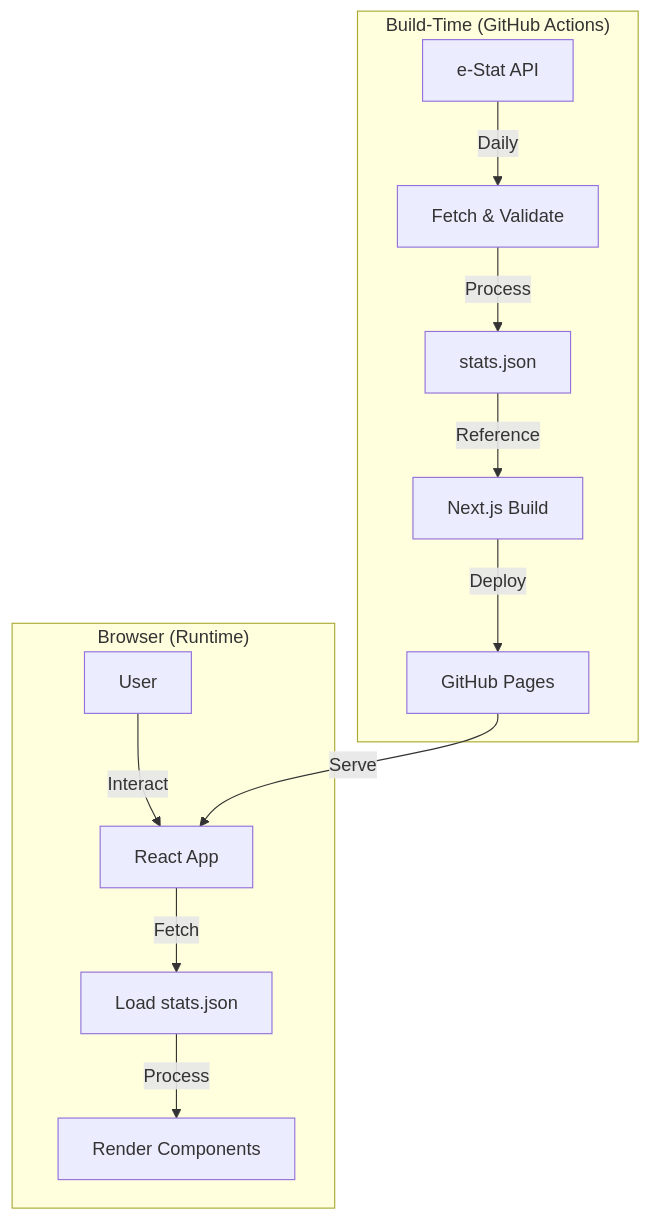
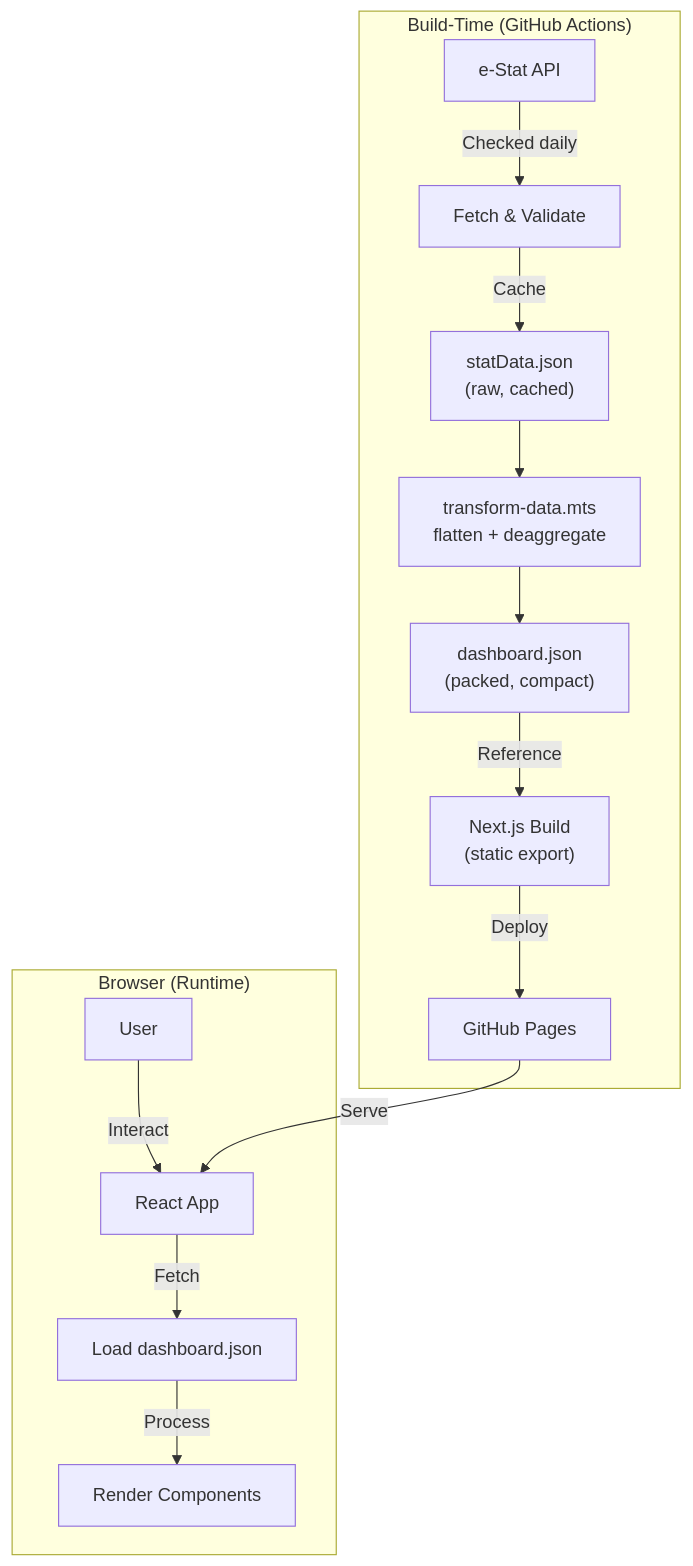
Before and after one commit to RetroHazard/JP_Immigration_Dashboard: the first of 16 diagrams in ARCHITECTURE.md, drawn with Mermaid. The commit also changed other lines of this file and 1 other file, not shown here.

First line of the commit message:
Bring ARCHITECTURE.md and DEVELOPMENT.md up to date with the Civic Glass rebuild

````diff
--- a/ARCHITECTURE.md
+++ b/ARCHITECTURE.md
@@ -25,28 +25,32 @@
 ```mermaid
 graph TB
     subgraph "Build-Time (GitHub Actions)"
         ESTAT["e-Stat API"]
         FETCH["Fetch & Validate"]
-        STATS["stats.json"]
-        BUILD["Next.js Build"]
+        RAW["statData.json<br/>(raw, cached)"]
+        TRANSFORM["transform-data.mts<br/>flatten + deaggregate"]
+        STATS["dashboard.json<br/>(packed, compact)"]
+        BUILD["Next.js Build<br/>(static export)"]
         DEPLOY["GitHub Pages"]
         
-        ESTAT -->|Daily| FETCH
-        FETCH -->|Process| STATS
+        ESTAT -->|Checked daily| FETCH
+        FETCH -->|Cache| RAW
+        RAW --> TRANSFORM
+        TRANSFORM --> STATS
         STATS -->|Reference| BUILD
         BUILD -->|Deploy| DEPLOY
     end
     
     subgraph "Browser (Runtime)"
         USER["User"]
         APP["React App"]
-        LOAD["Load stats.json"]
+        LOAD["Load dashboard.json"]
         RENDER["Render Components"]
         
         USER -->|Interact| APP
         APP -->|Fetch| LOAD
         LOAD -->|Process| RENDER
     end
     
     DEPLOY -->|Serve| APP
 ```
````
